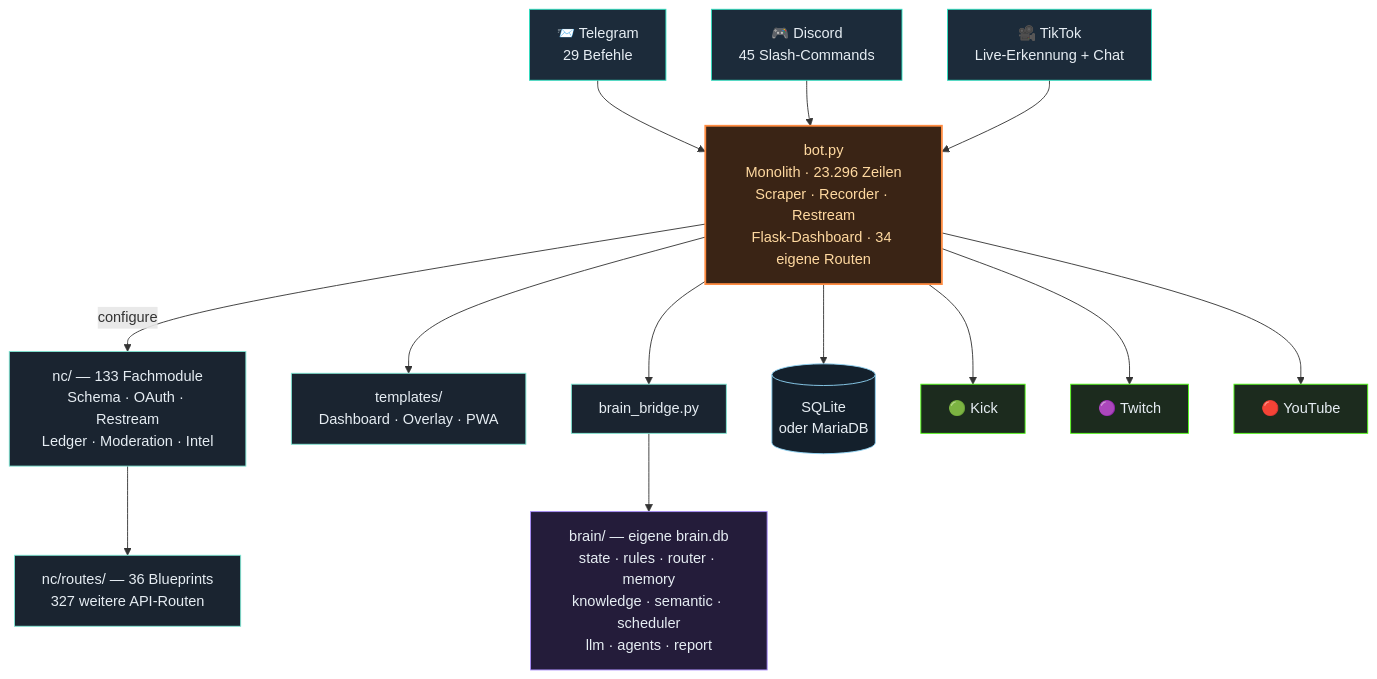
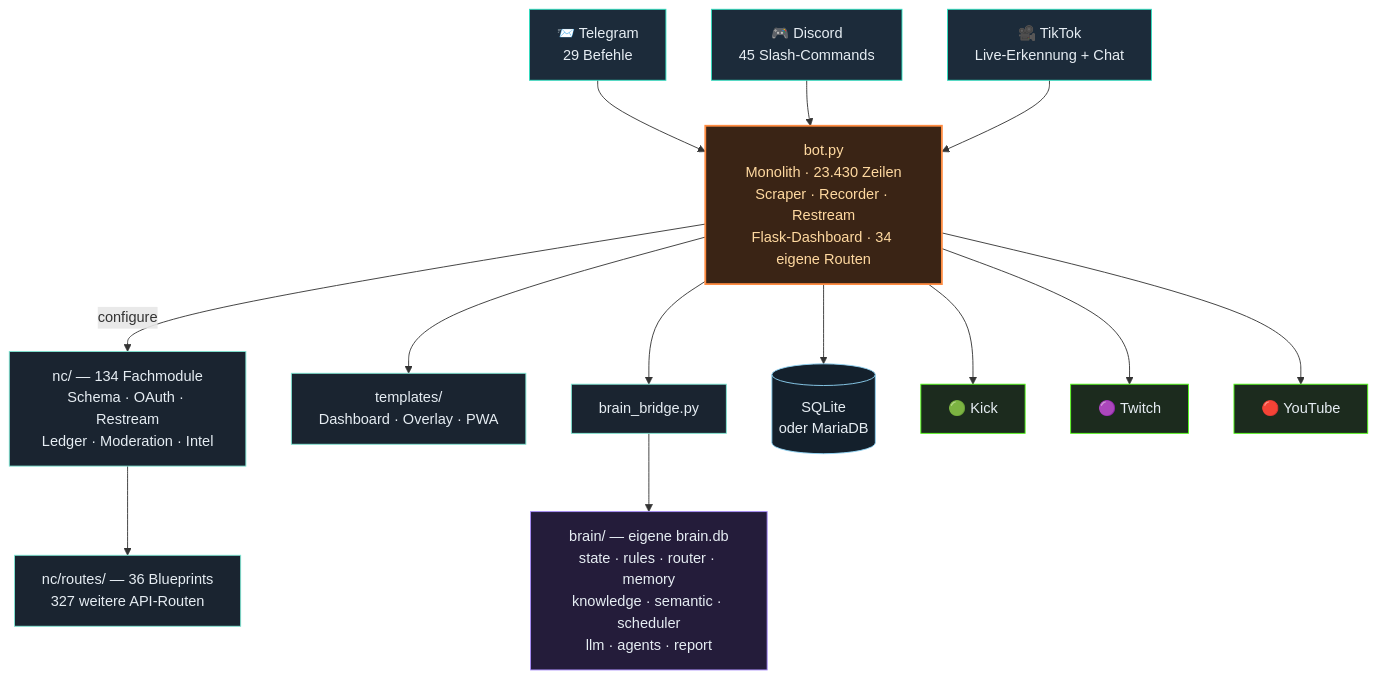
Before and after one commit to itsamemedev/Telegram-Stream-Info-Bot: the third of 4 diagrams in README.md, drawn with Mermaid. The commit also changed other lines of this file and 11 other files, not shown here.

````diff
--- a/README.md
+++ b/README.md
@@ -189,30 +189,30 @@
 ```mermaid
 flowchart TB
     TG["📨 Telegram<br/>29 Befehle"]:::ein
     DC["🎮 Discord<br/>45 Slash-Commands"]:::ein
     TT["🎥 TikTok<br/>Live-Erkennung + Chat"]:::ein
 
     TG --> BOT
     DC --> BOT
     TT --> BOT
 
-    BOT["bot.py<br/>Monolith · 23.296 Zeilen<br/>Scraper · Recorder · Restream<br/>Flask-Dashboard · 34 eigene Routen"]:::core
+    BOT["bot.py<br/>Monolith · 23.430 Zeilen<br/>Scraper · Recorder · Restream<br/>Flask-Dashboard · 34 eigene Routen"]:::core
 
-    BOT -->|configure| NC["nc/ — 133 Fachmodule<br/>Schema · OAuth · Restream<br/>Ledger · Moderation · Intel"]:::lib
+    BOT -->|configure| NC["nc/ — 134 Fachmodule<br/>Schema · OAuth · Restream<br/>Ledger · Moderation · Intel"]:::lib
     NC --> RT["nc/routes/ — 36 Blueprints<br/>327 weitere API-Routen"]:::lib
     BOT --> TPL["templates/<br/>Dashboard · Overlay · PWA"]:::lib
     BOT --> BR["brain_bridge.py"]:::lib
     BR --> BRAIN["brain/ — eigene brain.db<br/>state · rules · router · memory<br/>knowledge · semantic · scheduler<br/>llm · agents · report"]:::brain
     BOT --> DB[("SQLite<br/>oder MariaDB")]:::db
 
     BOT --> KICK["🟢 Kick"]:::out
     BOT --> TW["🟣 Twitch"]:::out
     BOT --> YT["🔴 YouTube"]:::out
 
     classDef ein fill:#1c2b3a,stroke:#2de1c2,color:#e6edf3
     classDef core fill:#3a2415,stroke:#ff8c42,stroke-width:2px,color:#ffd9a0
     classDef lib fill:#1a2430,stroke:#7fe7d4,color:#e6edf3
     classDef brain fill:#241c3a,stroke:#a78bfa,color:#e6edf3
     classDef db fill:#14202c,stroke:#8fd3f4,color:#e6edf3
     classDef out fill:#1c2b1e,stroke:#53fc18,color:#e6edf3
 ```
````
